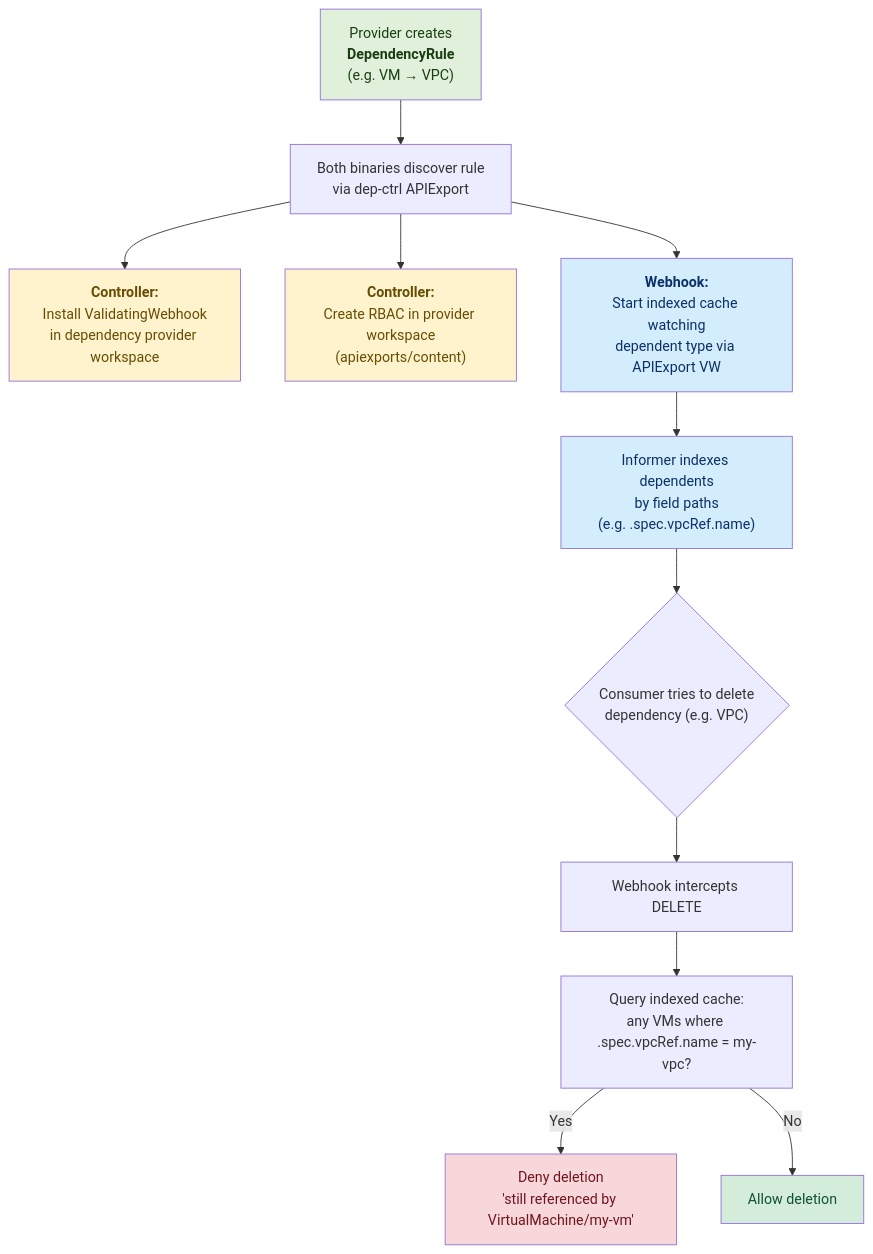
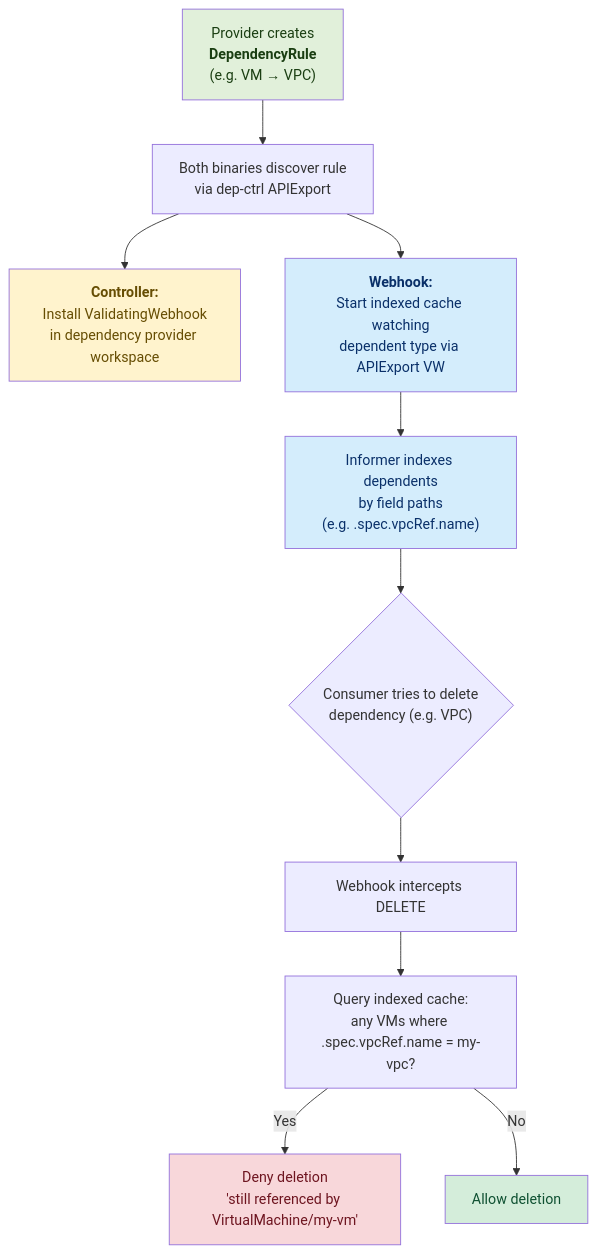
Before and after one commit to opendefensecloud/dependency-controller: the first of 2 diagrams in README.md, drawn with Mermaid. The commit also changed other lines of this file and 16 other files, not shown here.

````diff
--- a/README.md
+++ b/README.md
@@ -16,24 +16,22 @@
 ```mermaid
 flowchart TD
     A["Provider creates<br/><b>DependencyRule</b><br/>(e.g. VM → VPC)"] --> B["Both binaries discover rule<br/>via dep-ctrl APIExport"]
 
     B --> C["<b>Controller:</b><br/>Install ValidatingWebhook<br/>in dependency provider workspace"]
-    B --> D["<b>Controller:</b><br/>Create RBAC in provider workspace<br/>(apiexports/content)"]
     B --> E["<b>Webhook:</b><br/>Start indexed cache watching<br/>dependent type via APIExport VW"]
 
     E --> F["Informer indexes dependents<br/>by field paths<br/>(e.g. .spec.vpcRef.name)"]
 
     F --> G{"Consumer tries to delete<br/>dependency (e.g. VPC)"}
     G --> H["Webhook intercepts DELETE"]
     H --> I["Query indexed cache:<br/>any VMs where .spec.vpcRef.name = my-vpc?"]
     I -- Yes --> J["Deny deletion<br/>'still referenced by VirtualMachine/my-vm'"]
     I -- No --> K["Allow deletion"]
 
     style A fill:#e1f0da,color:#1a3e12
     style C fill:#fff3cd,color:#664d03
-    style D fill:#fff3cd,color:#664d03
     style E fill:#d4edfc,color:#0a3069
     style F fill:#d4edfc,color:#0a3069
     style J fill:#f8d7da,color:#6e1520
     style K fill:#d4edda,color:#0f5132
 ```
````
